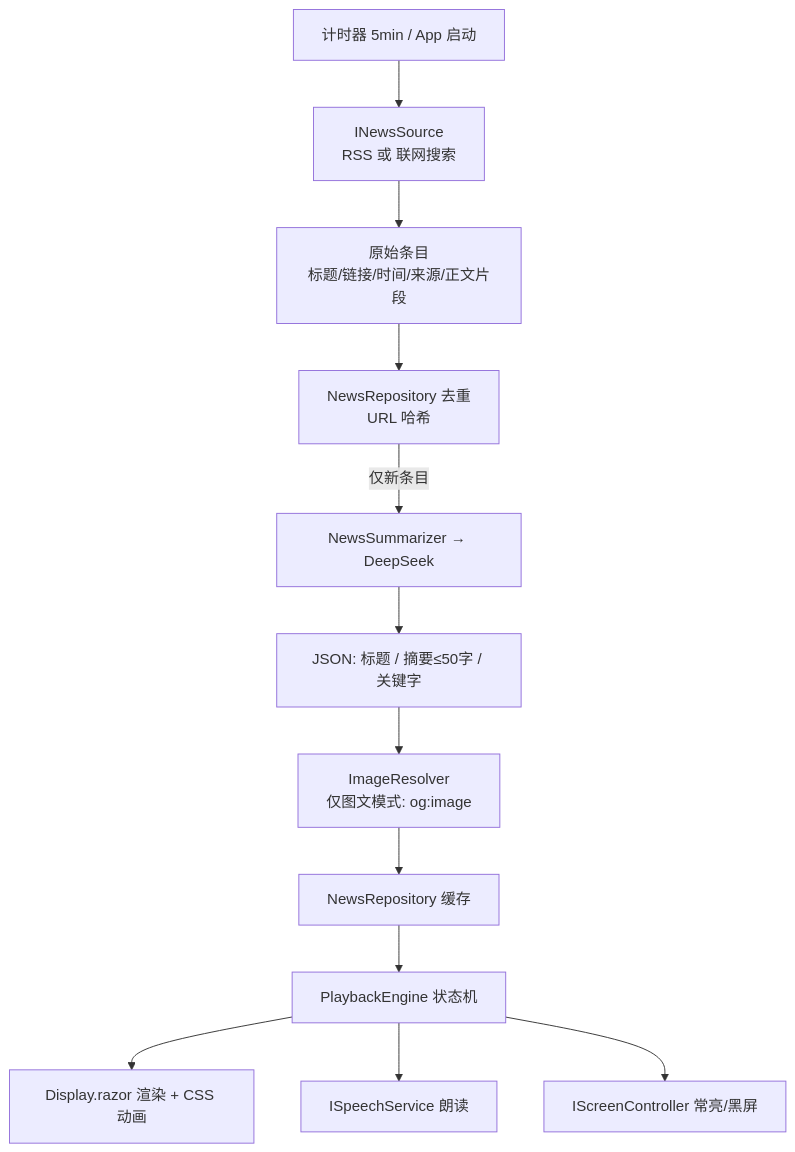
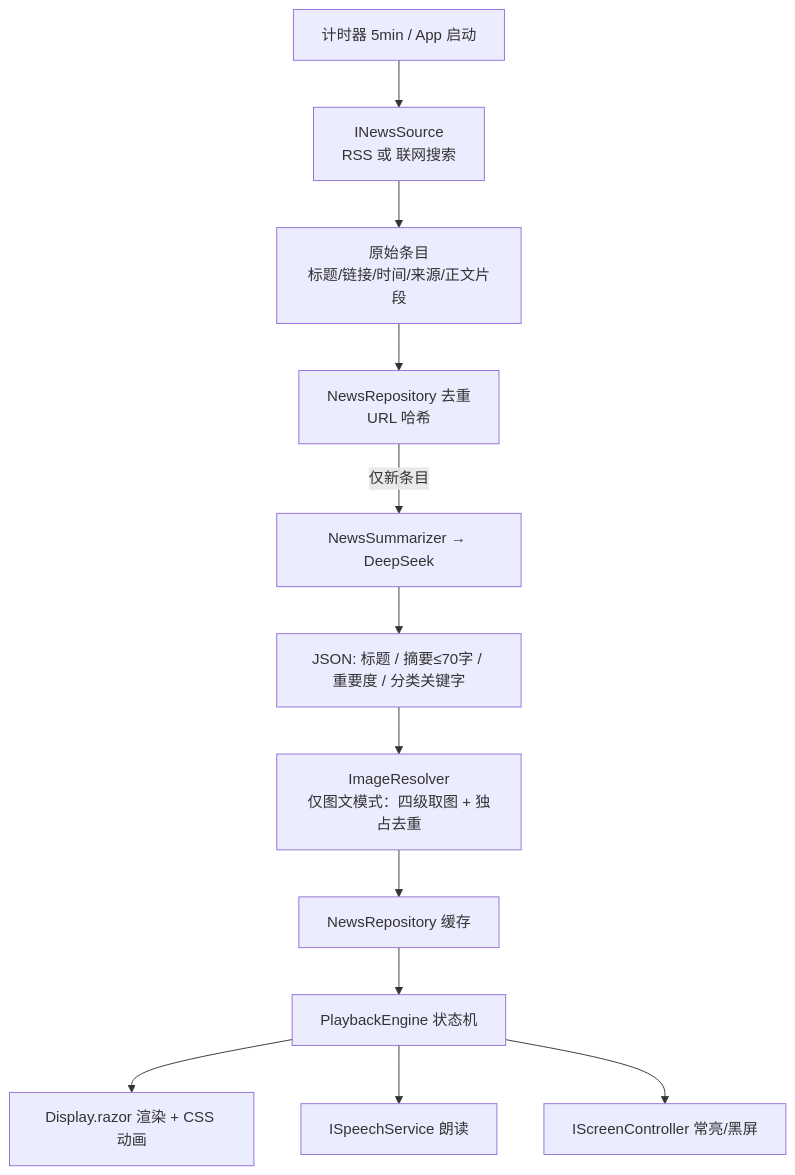
Before and after one commit to isharrrry/newsboard: the first of 2 diagrams in news-board.plan.md, drawn with Mermaid. The commit also changed other lines of this file and 3 other files, not shown here.

Commit message:
文档：新建 README（使用者说明）+ plan 对齐实现（§4 配置清单/§6.6 正文与配图/§8 注/§10 R3b-R6/§14 第三轮迭代）+ AGENTS 文档纪律 + 环境报告复核（含真机）

````diff
--- a/news-board.plan.md
+++ b/news-board.plan.md
@@ -133,14 +155,14 @@
 ```mermaid
 flowchart TD
   T["计时器 5min / App 启动"] --> S["INewsSource<br/>RSS 或 联网搜索"]
   S --> RAW["原始条目<br/>标题/链接/时间/来源/正文片段"]
   RAW --> DEDUP["NewsRepository 去重<br/>URL 哈希"]
   DEDUP -->|仅新条目| SUM["NewsSummarizer → DeepSeek"]
-  SUM --> JSON["JSON: 标题 / 摘要≤50字 / 关键字"]
-  JSON --> IMG["ImageResolver<br/>仅图文模式: og:image"]
+  SUM --> JSON["JSON: 标题 / 摘要≤70字 / 重要度 / 分类关键字"]
+  JSON --> IMG["ImageResolver<br/>仅图文模式：四级取图 + 独占去重"]
   IMG --> CACHE["NewsRepository 缓存"]
   CACHE --> ENGINE["PlaybackEngine 状态机"]
   ENGINE --> UI["Display.razor 渲染 + CSS 动画"]
   ENGINE --> TTS["ISpeechService 朗读"]
   ENGINE --> SCR["IScreenController 常亮/黑屏"]
 ```
````
